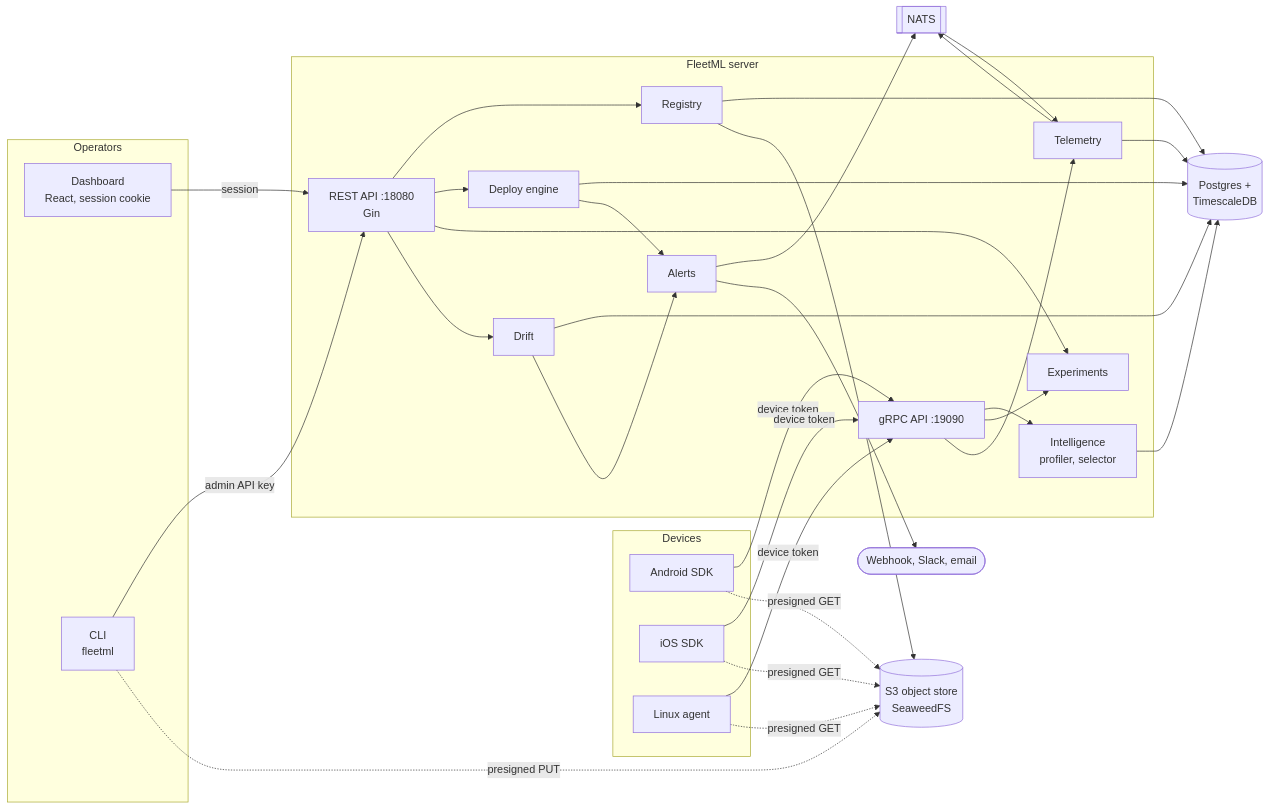
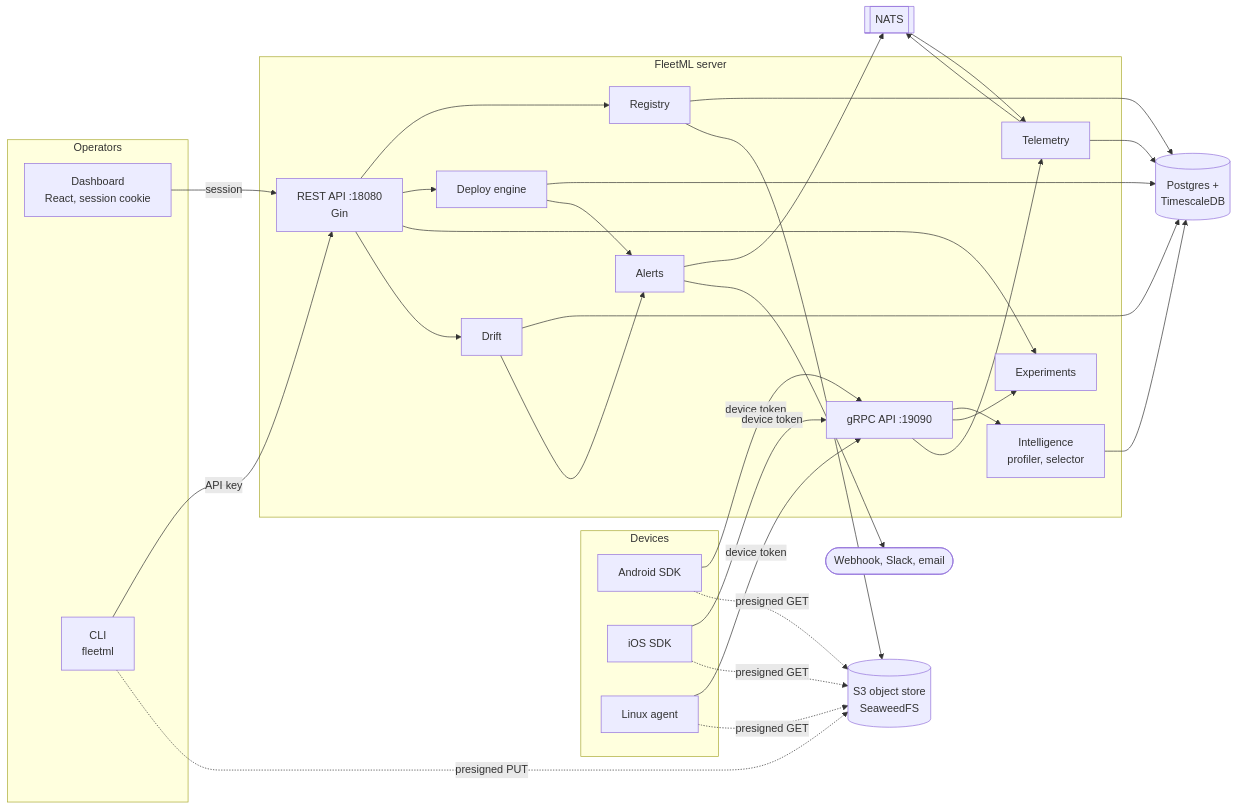
The first of 8 diagrams in docs/ARCHITECTURE.md (fleetml/fleetml), drawn with Mermaid before and after one commit. The commit also changed other lines of this file and 6 other files, not shown here.

````diff
--- a/docs/ARCHITECTURE.md
+++ b/docs/ARCHITECTURE.md
@@ -6,47 +6,47 @@
 ```mermaid
 flowchart LR
   subgraph clients[Operators]
     dash[Dashboard<br/>React, session cookie]
     cli[CLI<br/>fleetml]
   end
   subgraph devices[Devices]
     android[Android SDK]
     ios[iOS SDK]
     agent[Linux agent]
   end
   subgraph server[FleetML server]
     rest[REST API :18080<br/>Gin]
     grpc[gRPC API :19090]
     reg[Registry]
     dep[Deploy engine]
     intel[Intelligence<br/>profiler, selector]
     exp[Experiments]
     tel[Telemetry]
     drift[Drift]
     alert[Alerts]
   end
   pg[(Postgres +<br/>TimescaleDB)]
   s3[(S3 object store<br/>SeaweedFS)]
   nats[[NATS]]
   hook([Webhook, Slack, email])
 
   dash -- session --> rest
-  cli -- admin API key --> rest
+  cli -- API key --> rest
   android -- device token --> grpc
   ios -- device token --> grpc
   agent -- device token --> grpc
   android -. presigned GET .-> s3
   ios -. presigned GET .-> s3
   agent -. presigned GET .-> s3
   cli -. presigned PUT .-> s3
   rest --> reg & dep & exp & drift
   grpc --> intel & exp & tel
   reg --> pg & s3
   dep --> pg
   intel --> pg
   tel --> nats --> tel
   tel --> pg
   drift --> pg
   dep & drift --> alert
   alert --> nats & hook
 ```
````
